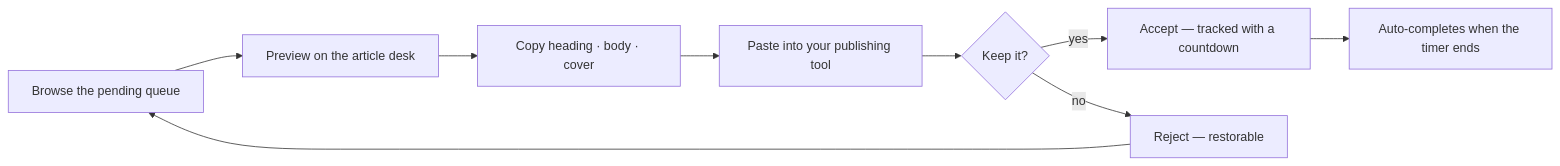
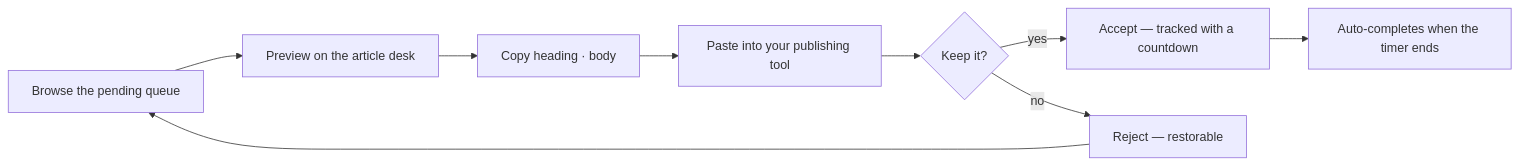
The second of 2 diagrams in README.md (MidHunterX/News-Flow), drawn with Mermaid before and after one commit. The commit also changed other lines of this file and 2 other files, not shown here.

First line of the commit message:
🔥 refactor(ui): remove click-to-copy cover image

````diff
--- a/README.md
+++ b/README.md
@@ -92,11 +93,11 @@
 ```mermaid
 flowchart LR
     A["Browse the pending queue"] --> B["Preview on the article desk"]
-    B --> C["Copy heading · body · cover"]
+    B --> C["Copy heading · body"]
     C --> D["Paste into your publishing tool"]
     D --> E{"Keep it?"}
     E -->|yes| F["Accept — tracked with a countdown"]
     E -->|no| G["Reject — restorable"]
     F --> H["Auto-completes when the timer ends"]
     G --> A
 ```
````
